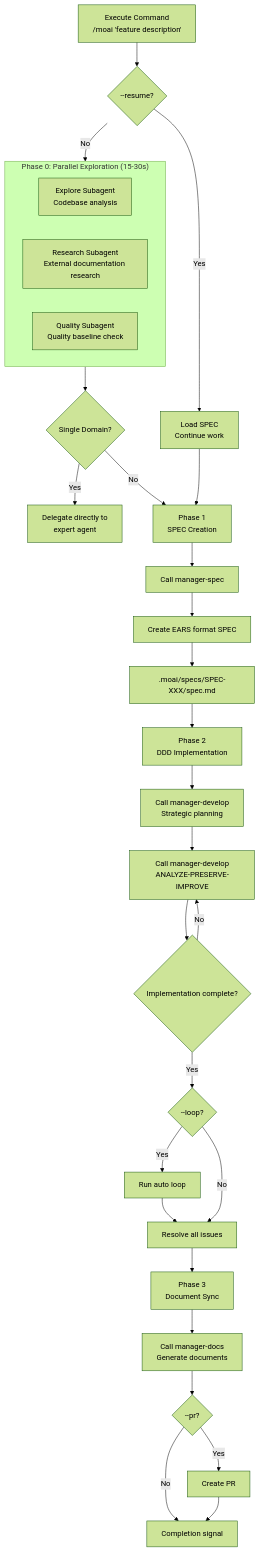
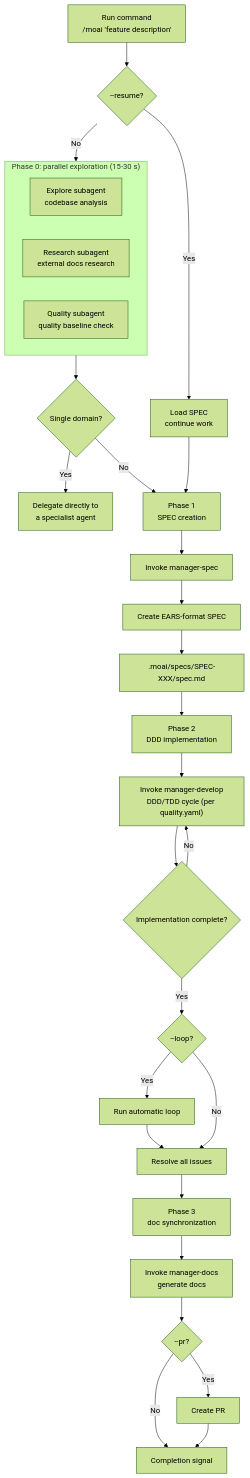
One commit to modu-ai/moai-adk changed the diagram in docs-site/content/en/utility-commands/moai.md. Above: the diagram before and after it, drawn with Mermaid (forest theme). The commit also changed other lines of this file and 395 other files, not shown here.

````diff
--- a/docs-site/content/en/utility-commands/moai.md
+++ b/docs-site/content/en/utility-commands/moai.md
@@ -154,41 +119,40 @@
 ```mermaid
 flowchart TD
-    A["Execute Command<br/>/moai 'feature description'"] --> B{--resume?}
-    B -->|Yes| C["Load SPEC<br/>Continue work"]
-    B -->|No| D["Phase 0<br/>Parallel Exploration"]
+    A["Run command<br/>/moai 'feature description'"] --> B{--resume?}
+    B -->|Yes| C["Load SPEC<br/>continue work"]
+    B -->|No| D["Phase 0<br/>parallel exploration"]
 
-    subgraph D["Phase 0: Parallel Exploration (15-30s)"]
-        D1["Explore Subagent<br/>Codebase analysis"]
-        D2["Research Subagent<br/>External documentation research"]
-        D3["Quality Subagent<br/>Quality baseline check"]
+    subgraph D["Phase 0: parallel exploration (15-30 s)"]
+        D1["Explore subagent<br/>codebase analysis"]
+        D2["Research subagent<br/>external docs research"]
+        D3["Quality subagent<br/>quality baseline check"]
     end
 
-    D --> E{"Single Domain?"}
-    E -->|Yes| F["Delegate directly to<br/>expert agent"]
-    E -->|No| G["Continue Phase 1"]
+    D --> E{"Single domain?"}
+    E -->|Yes| F["Delegate directly to<br/>a specialist agent"]
+    E -->|No| G["Continue to Phase 1"]
 
-    C --> G["Phase 1<br/>SPEC Creation"]
-    G --> H["Call manager-spec"]
-    H --> I["Create EARS format SPEC"]
+    C --> G["Phase 1<br/>SPEC creation"]
+    G --> H["Invoke manager-spec"]
+    H --> I["Create EARS-format SPEC"]
     I --> J[".moai/specs/SPEC-XXX/spec.md"]
 
-    J --> K["Phase 2<br/>DDD Implementation"]
+    J --> K["Phase 2<br/>DDD implementation"]
 
-    K --> L["Call manager-develop<br/>Strategic planning"]
-    L --> M["Call manager-develop<br/>ANALYZE-PRESERVE-IMPROVE"]
-    M --> N{"Implementation complete?"}
-    N -->|No| M
-    N -->|Yes| O{"--loop?"}
+    K --> L["Invoke manager-develop<br/>DDD/TDD cycle (per quality.yaml)"]
+    L --> M{"Implementation complete?"}
+    M -->|No| L
+    M -->|Yes| N{"--loop?"}
 
-    O -->|Yes| P["Run auto loop"]
-    P --> Q["Resolve all issues"]
-    O -->|No| Q
+    N -->|Yes| O["Run automatic loop"]
+    O --> P["Resolve all issues"]
+    N -->|No| P
 
-    Q --> R["Phase 3<br/>Document Sync"]
+    P --> Q["Phase 3<br/>doc synchronization"]
 
-    R --> S["Call manager-docs<br/>Generate documents"]
-    S --> T{"--pr?"}
-    T -->|Yes| U["Create PR"]
-    T -->|No| V["Completion signal"]
-    U --> V
+    Q --> R["Invoke manager-docs<br/>generate docs"]
+    R --> S{"--pr?"}
+    S -->|Yes| T["Create PR"]
+    S -->|No| U["Completion signal"]
+    T --> U
 ```
````
